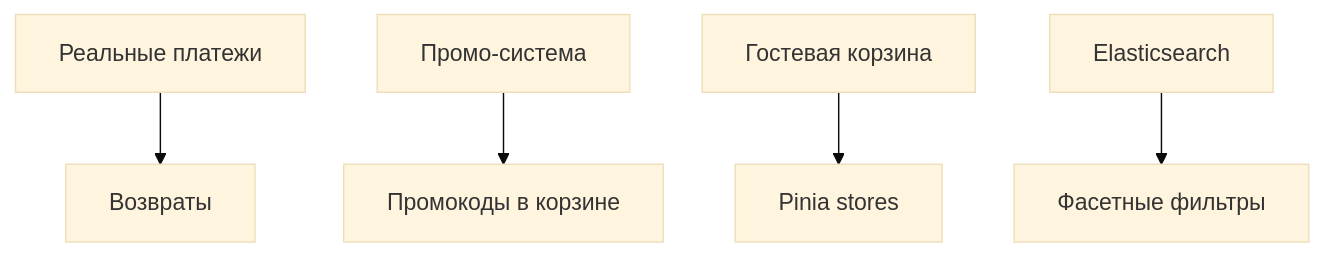
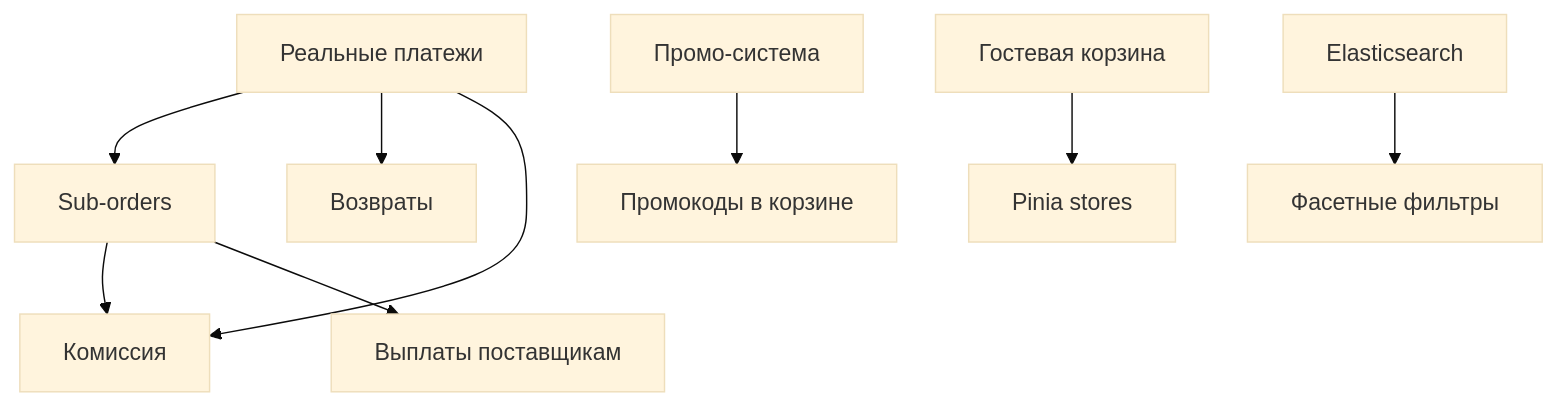
One commit to EvgeniyElmanov/promelectron changed the diagram in .agent/PLANNING_HANDOFF.md. Above: the diagram before and after it, drawn with Mermaid (base theme). The commit also changed other lines of this file and 59 other files, not shown here.

````diff
--- a/.agent/PLANNING_HANDOFF.md
+++ b/.agent/PLANNING_HANDOFF.md
@@ -92,7 +94,11 @@
 ```mermaid
 graph TD
-    A[Реальные платежи] --> C[Возвраты]
+    A[Реальные платежи] --> B[Sub-orders]
+    A --> C[Возвраты]
+    A --> D[Комиссия]
+    B --> D
+    B --> E[Выплаты поставщикам]
     F[Промо-система] --> G[Промокоды в корзине]
     H[Гостевая корзина] --> I[Pinia stores]
     J[Elasticsearch] --> K[Фасетные фильтры]
 ```
````
